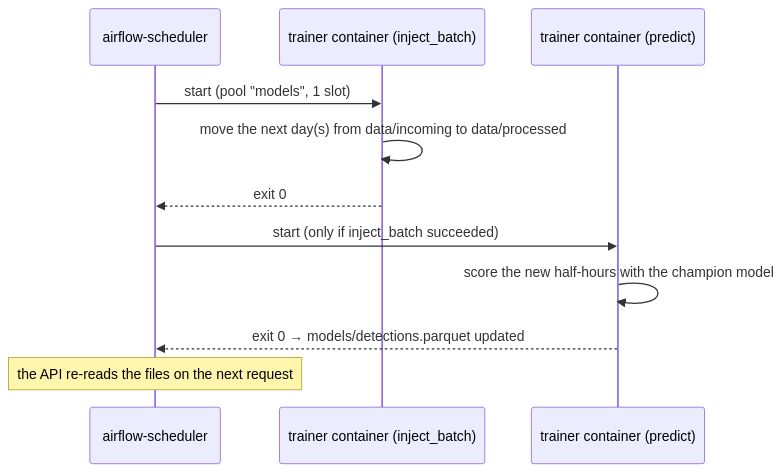
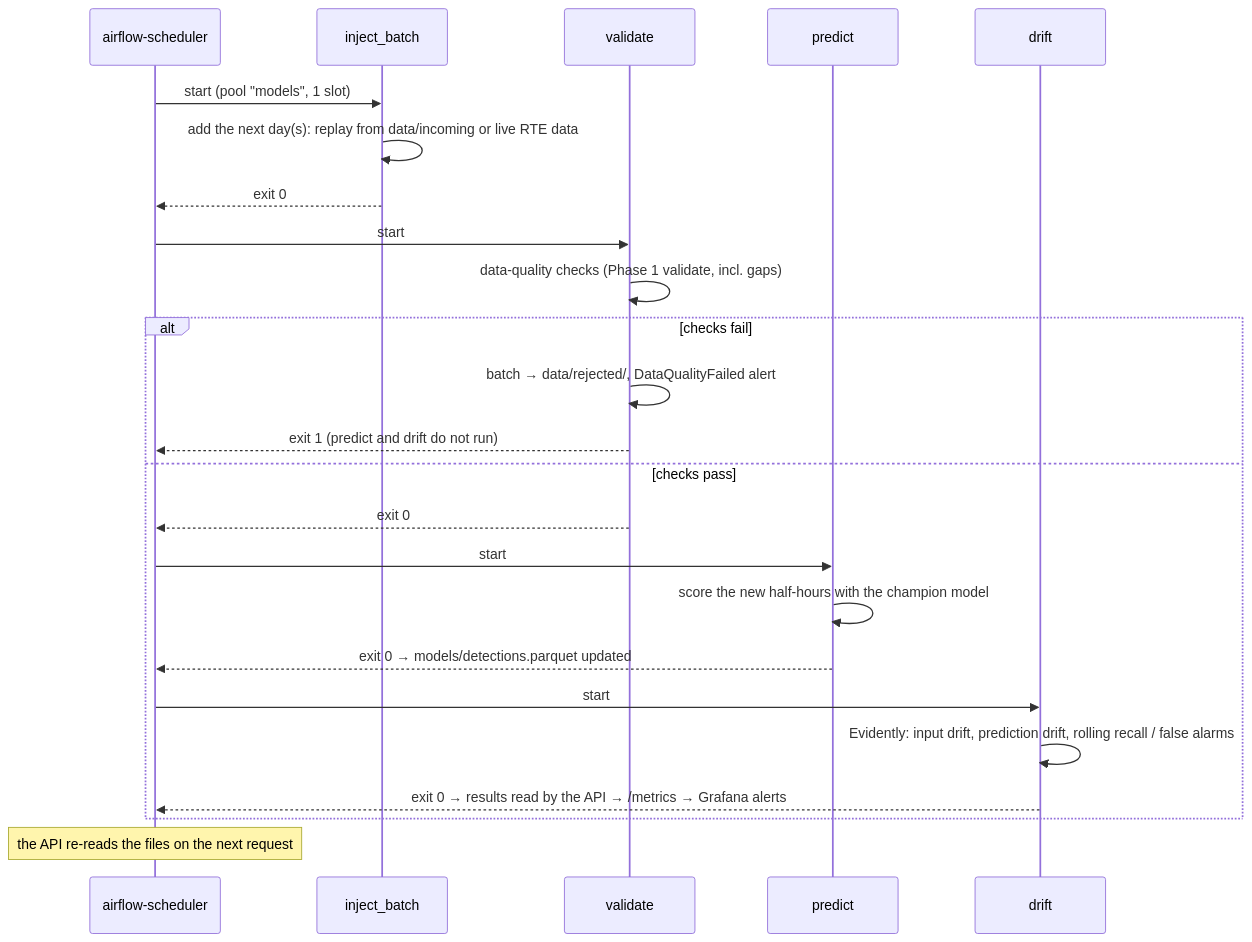
Before and after one commit to appliedmath/eco2mix-anomaly: the second of 5 diagrams in docs/architecture.md, drawn with Mermaid. The commit also changed other lines of this file and 2 other files, not shown here.

First line of the commit message:
Makefile with short commands; architecture.md updated for Phase 4

````diff
--- a/docs/architecture.md
+++ b/docs/architecture.md
@@ -92,13 +110,26 @@
 ```mermaid
 sequenceDiagram
     participant S as airflow-scheduler
-    participant T1 as trainer container (inject_batch)
-    participant T2 as trainer container (predict)
+    participant T1 as inject_batch
+    participant T2 as validate
+    participant T3 as predict
+    participant T4 as drift
     S->>T1: start (pool "models", 1 slot)
-    T1->>T1: move the next day(s) from data/incoming to data/processed
+    T1->>T1: add the next day(s): replay from data/incoming or live RTE data
     T1-->>S: exit 0
-    S->>T2: start (only if inject_batch succeeded)
-    T2->>T2: score the new half-hours with the champion model
-    T2-->>S: exit 0 → models/detections.parquet updated
+    S->>T2: start
+    T2->>T2: data-quality checks (Phase 1 validate, incl. gaps)
+    alt checks fail
+        T2->>T2: batch → data/rejected/, DataQualityFailed alert
+        T2-->>S: exit 1 (predict and drift do not run)
+    else checks pass
+        T2-->>S: exit 0
+        S->>T3: start
+        T3->>T3: score the new half-hours with the champion model
+        T3-->>S: exit 0 → models/detections.parquet updated
+        S->>T4: start
+        T4->>T4: Evidently: input drift, prediction drift, rolling recall / false alarms
+        T4-->>S: exit 0 → results read by the API → /metrics → Grafana alerts
+    end
     Note over S: the API re-reads the files on the next request
 ```
````
